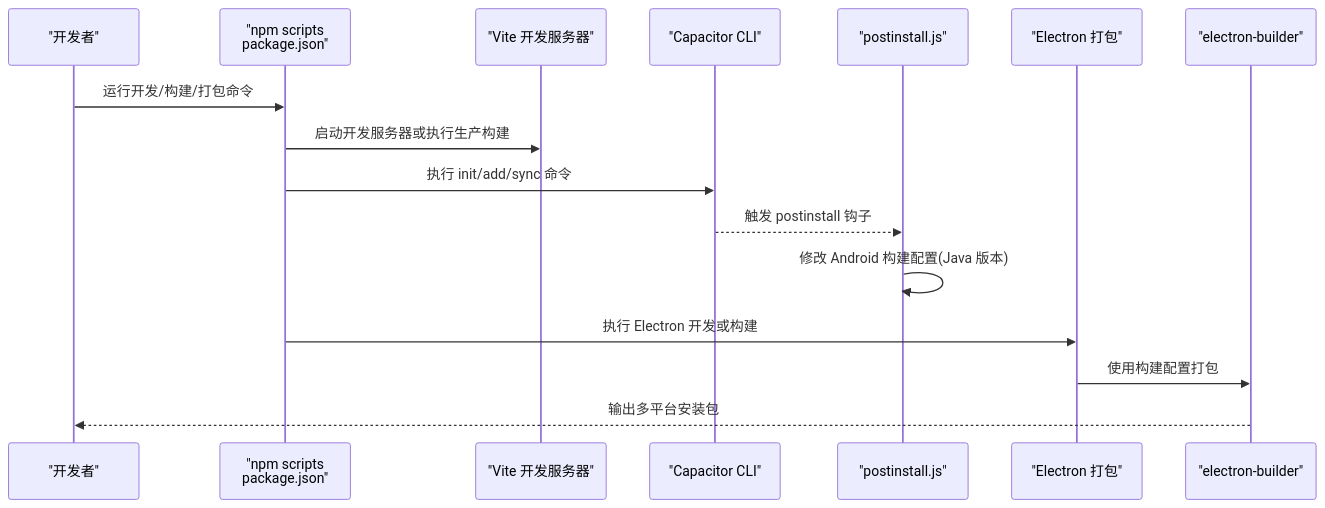
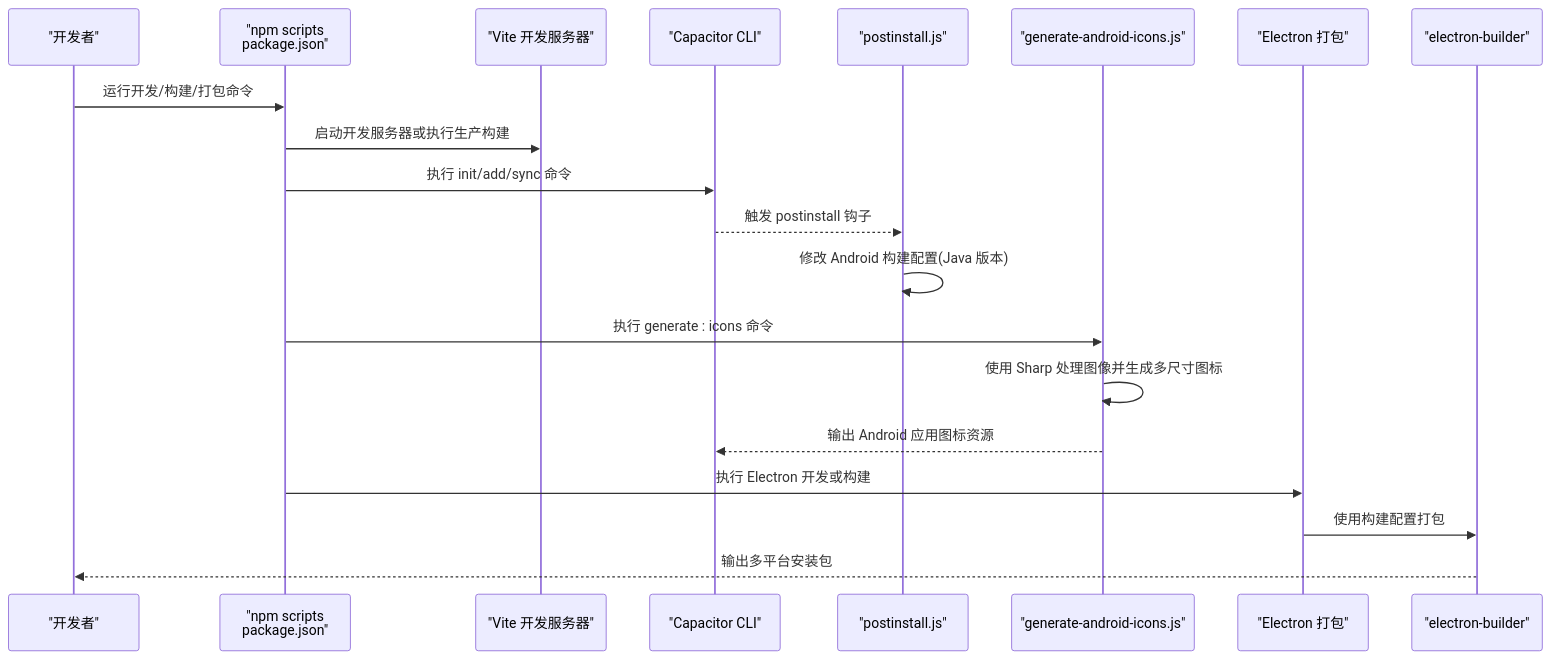
Before and after one commit to xiao-lin-unit/yuan: the second of 8 diagrams in .qoder/repowiki/zh/content/跨平台支持/构建脚本与自动化.md, drawn with Mermaid. The commit also changed other lines of this file and 11 other files, not shown here.

````diff
--- a/.qoder/repowiki/zh/content/跨平台支持/构建脚本与自动化.md
+++ b/.qoder/repowiki/zh/content/跨平台支持/构建脚本与自动化.md
@@ -88,18 +103,22 @@
 ```mermaid
 sequenceDiagram
 participant Dev as "开发者"
 participant NPM as "npm scripts<br/>package.json"
 participant Vite as "Vite 开发服务器"
 participant Capacitor as "Capacitor CLI"
 participant Post as "postinstall.js"
+participant Icons as "generate-android-icons.js"
 participant Electron as "Electron 打包"
 participant Builder as "electron-builder"
 Dev->>NPM : 运行开发/构建/打包命令
 NPM->>Vite : 启动开发服务器或执行生产构建
 NPM->>Capacitor : 执行 init/add/sync 命令
 Capacitor-->>Post : 触发 postinstall 钩子
 Post->>Post : 修改 Android 构建配置(Java 版本)
+NPM->>Icons : 执行 generate : icons 命令
+Icons->>Icons : 使用 Sharp 处理图像并生成多尺寸图标
+Icons-->>Capacitor : 输出 Android 应用图标资源
 NPM->>Electron : 执行 Electron 开发或构建
 Electron->>Builder : 使用构建配置打包
 Builder-->>Dev : 输出多平台安装包
 ```
````
